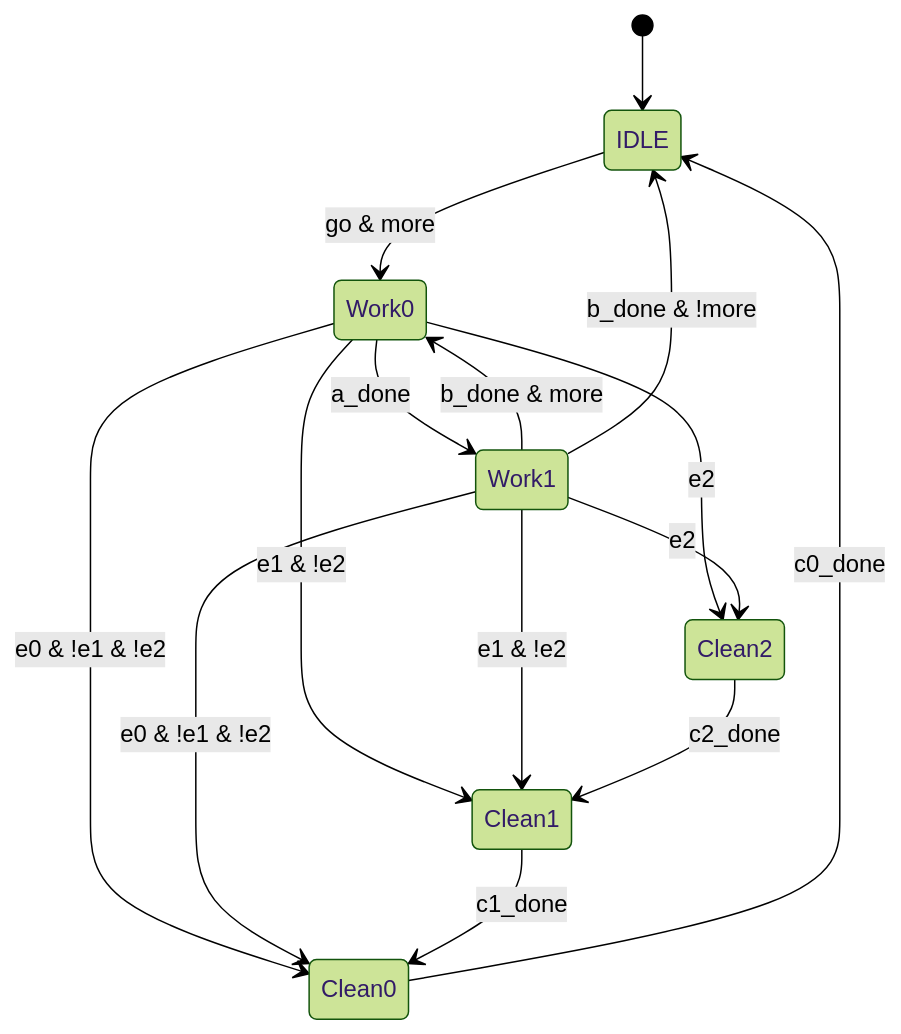
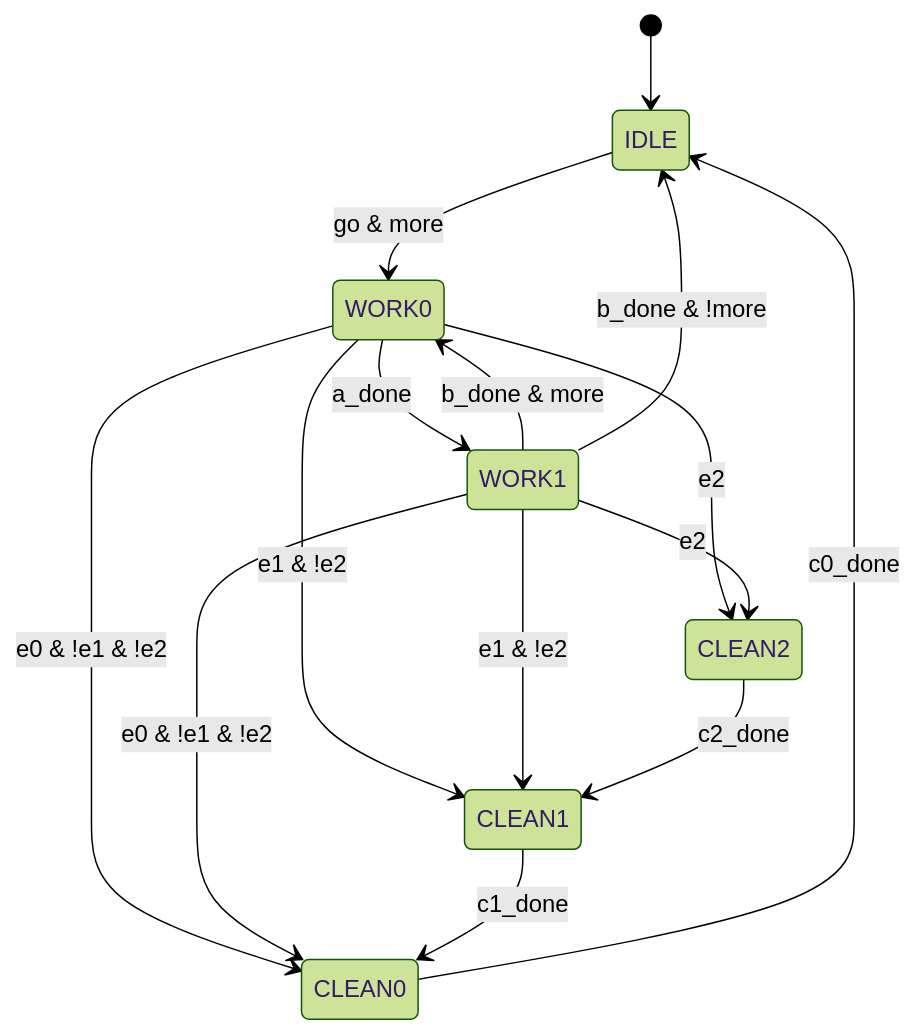
The fourth of 6 diagrams in docs/state/async-fsm.md (rede97/autowire), drawn with Mermaid (forest theme) before and after one commit. The commit also changed other lines of this file and 41 other files, not shown here.

````diff
--- a/docs/state/async-fsm.md
+++ b/docs/state/async-fsm.md
@@ -1036,17 +1153,17 @@
 ```mermaid
 stateDiagram-v2
   [*] --> IDLE
-  IDLE --> Work0: go & more
-  Work0 --> Work1: a_done
-  Work1 --> Work0: b_done & more
-  Work1 --> IDLE: b_done & !more
-  Work0 --> Clean2: e2
-  Work1 --> Clean2: e2
-  Work0 --> Clean1: e1 & !e2
-  Work1 --> Clean1: e1 & !e2
-  Work0 --> Clean0: e0 & !e1 & !e2
-  Work1 --> Clean0: e0 & !e1 & !e2
-  Clean2 --> Clean1: c2_done
-  Clean1 --> Clean0: c1_done
-  Clean0 --> IDLE: c0_done
+  IDLE --> WORK0: go & more
+  WORK0 --> WORK1: a_done
+  WORK1 --> WORK0: b_done & more
+  WORK1 --> IDLE: b_done & !more
+  WORK0 --> CLEAN2: e2
+  WORK1 --> CLEAN2: e2
+  WORK0 --> CLEAN1: e1 & !e2
+  WORK1 --> CLEAN1: e1 & !e2
+  WORK0 --> CLEAN0: e0 & !e1 & !e2
+  WORK1 --> CLEAN0: e0 & !e1 & !e2
+  CLEAN2 --> CLEAN1: c2_done
+  CLEAN1 --> CLEAN0: c1_done
+  CLEAN0 --> IDLE: c0_done
 ```
````
